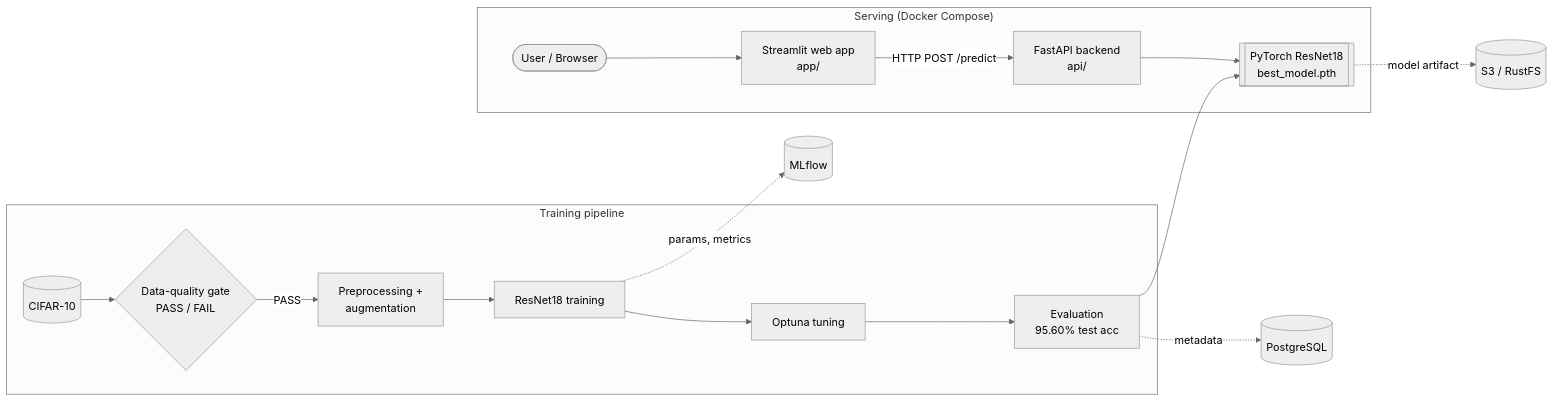
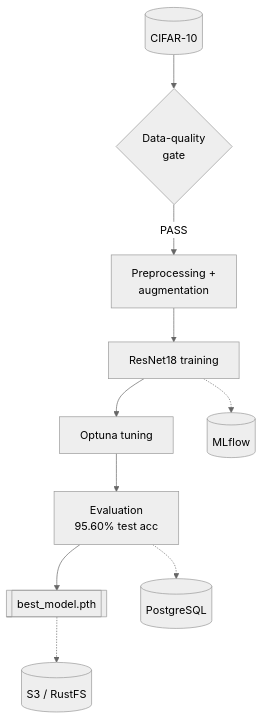
The second of 2 diagrams in README.md (RedwanRipon/visioniq-ml-platform), drawn with Mermaid (neutral theme) before and after one commit. The commit also changed other lines of this file, not shown here.

Commit message:
README:  architecture diagram

````diff
--- a/README.md
+++ b/README.md
@@ -11,21 +23,12 @@
 ```mermaid
-flowchart LR
-    subgraph Serving["Serving (Docker Compose)"]
-        U([User / Browser]) --> FE[Streamlit web app<br/>app/]
-        FE -->|HTTP POST /predict| API[FastAPI backend<br/>api/]
-        API --> M[[PyTorch ResNet18<br/>best_model.pth]]
-    end
-
-    subgraph Training["Training pipeline"]
-        D[(CIFAR-10)] --> Q{Data-quality gate<br/>PASS / FAIL}
-        Q -->|PASS| P[Preprocessing +<br/>augmentation]
-        P --> T[ResNet18 training]
-        T --> O[Optuna tuning]
-        O --> E[Evaluation<br/>95.60% test acc]
-    end
-
-    T -.->|params, metrics| ML[(MLflow)]
-    E --> M
-    E -.->|metadata| PG[(PostgreSQL)]
-    M -.->|model artifact| S3[(S3 / RustFS)]
+flowchart TB
+    D[(CIFAR-10)] --> Q{Data-quality<br/>gate}
+    Q -->|PASS| P[Preprocessing +<br/>augmentation]
+    P --> T[ResNet18 training]
+    T --> O[Optuna tuning]
+    O --> E[Evaluation<br/>95.60% test acc]
+    E --> M[[best_model.pth]]
+    T -.-> ML[(MLflow)]
+    E -.-> PG[(PostgreSQL)]
+    M -.-> S3[(S3 / RustFS)]
 ```
````
